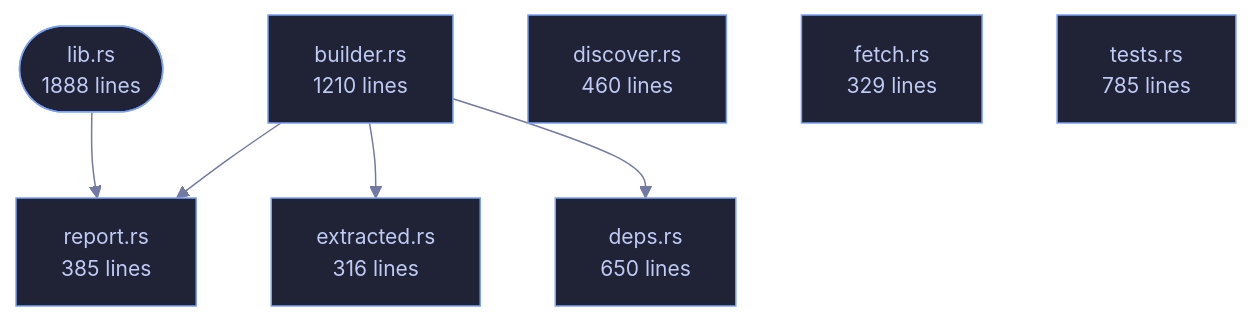
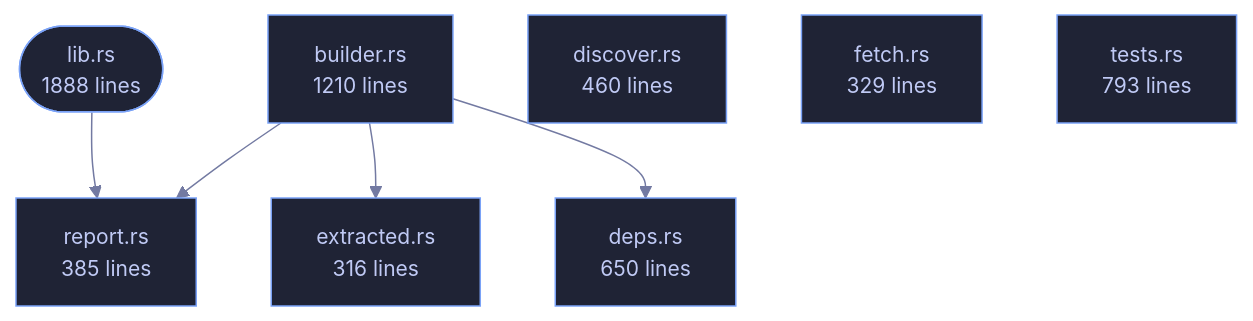
The diagram in crates/veilvoice-verify/README.md (tilas01/veilvoice), drawn with Mermaid before and after one commit. The commit also changed other lines of this file and 32 other files, not shown here.

````diff
--- a/crates/veilvoice-verify/README.md
+++ b/crates/veilvoice-verify/README.md
@@ -93,24 +93,24 @@
 ```mermaid
 %%{init: {"theme":"base","themeVariables":{"background":"#1a1b26","primaryColor":"#1f2335","primaryTextColor":"#c0caf5","primaryBorderColor":"#7aa2f7","secondaryColor":"#16161e","tertiaryColor":"#16161e","lineColor":"#737aa2","textColor":"#c0caf5","mainBkg":"#1f2335","nodeBorder":"#7aa2f7","clusterBkg":"#16161e","clusterBorder":"#2f3549","fontFamily":"ui-monospace, SFMono-Regular, Consolas, monospace","fontSize":"14px"}}}%%
 flowchart TD
     n_lib(["lib.rs<br/>1888 lines"])
     n_builder["builder.rs<br/>1210 lines"]
     n_deps["deps.rs<br/>650 lines"]
     n_discover["discover.rs<br/>460 lines"]
     n_extracted["extracted.rs<br/>316 lines"]
     n_fetch["fetch.rs<br/>329 lines"]
     n_report["report.rs<br/>385 lines"]
-    n_tests["tests.rs<br/>785 lines"]
+    n_tests["tests.rs<br/>793 lines"]
     n_builder --> n_deps
     n_builder --> n_extracted
     n_builder --> n_report
     n_lib --> n_report
     click n_lib href "https://github.com/tilas01/veilvoice/blob/main/crates/veilvoice-verify/src/lib.rs" "open the source"
     click n_builder href "https://github.com/tilas01/veilvoice/blob/main/crates/veilvoice-verify/src/builder.rs" "open the source"
     click n_deps href "https://github.com/tilas01/veilvoice/blob/main/crates/veilvoice-verify/src/deps.rs" "open the source"
     click n_discover href "https://github.com/tilas01/veilvoice/blob/main/crates/veilvoice-verify/src/discover.rs" "open the source"
     click n_extracted href "https://github.com/tilas01/veilvoice/blob/main/crates/veilvoice-verify/src/extracted.rs" "open the source"
     click n_fetch href "https://github.com/tilas01/veilvoice/blob/main/crates/veilvoice-verify/src/fetch.rs" "open the source"
     click n_report href "https://github.com/tilas01/veilvoice/blob/main/crates/veilvoice-verify/src/report.rs" "open the source"
     click n_tests href "https://github.com/tilas01/veilvoice/blob/main/crates/veilvoice-verify/src/tests.rs" "open the source"
 ```
````
